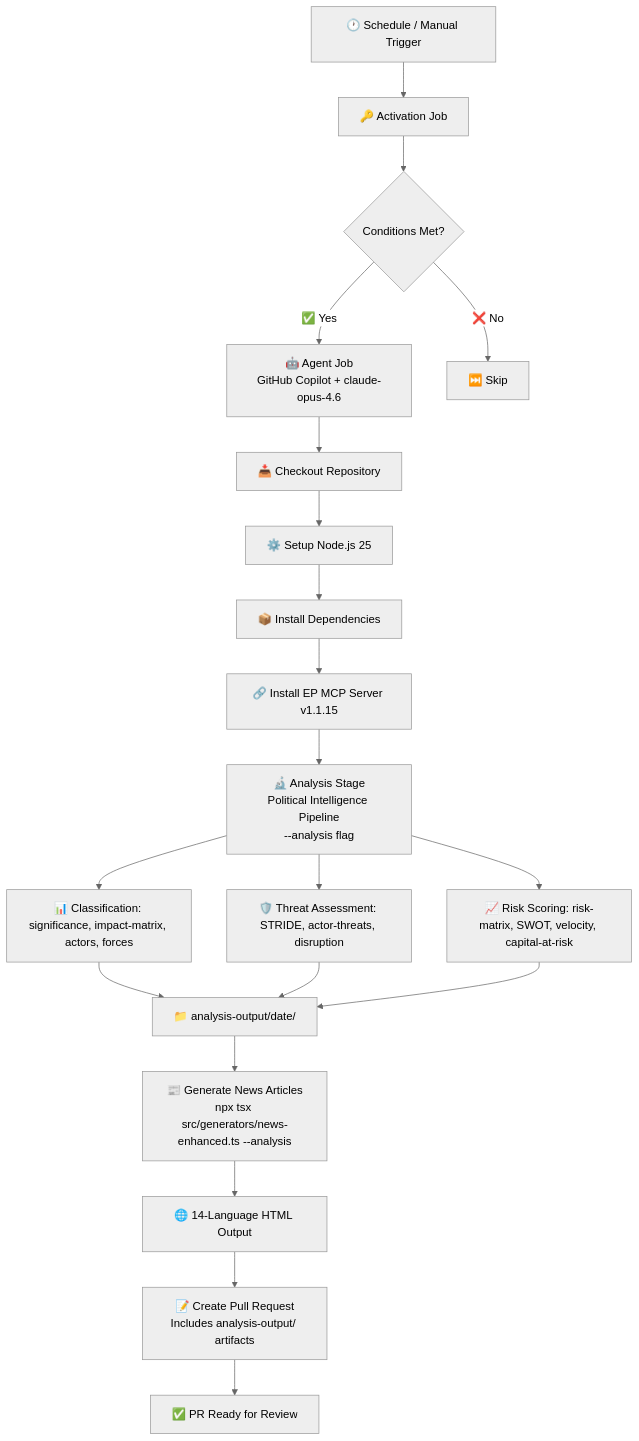
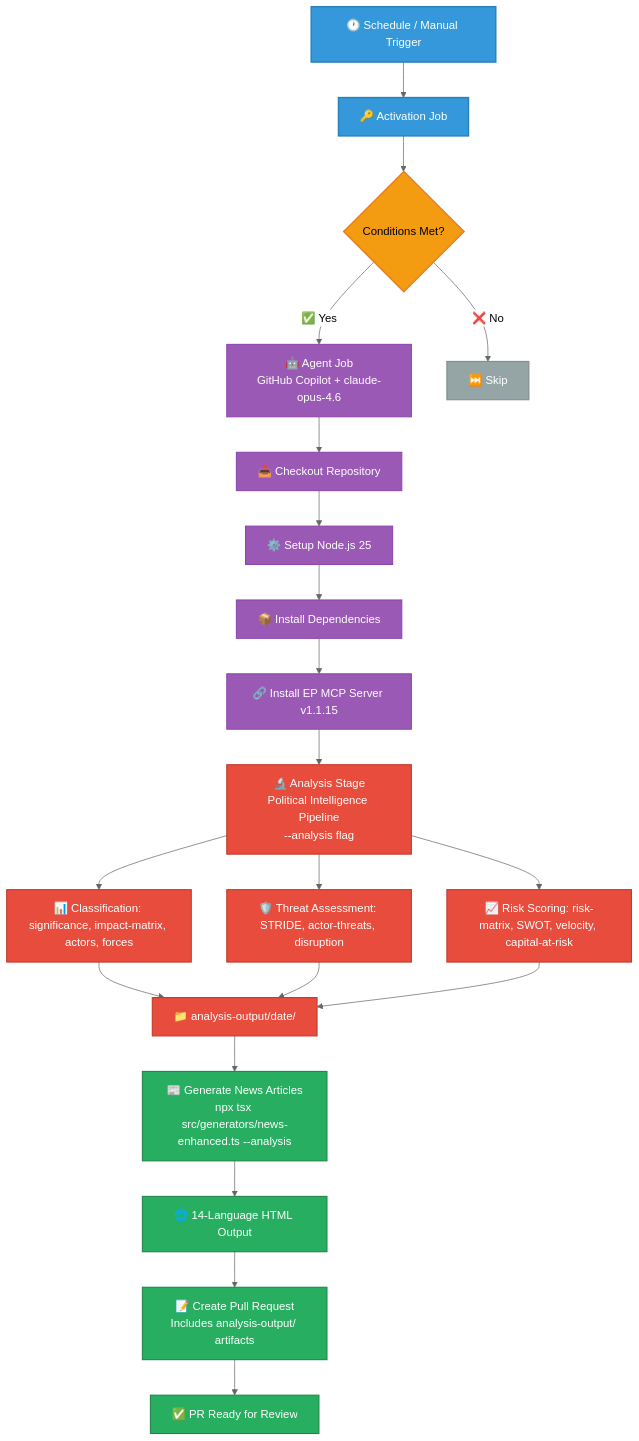
Before and after one commit to Hack23/euparliamentmonitor: the first of 14 diagrams in WORKFLOWS.md, drawn with Mermaid (neutral theme). The commit also changed other lines of this file, not shown here.

First line of the commit message:
Add ISMS-compliant color-coded Mermaid diagrams and badges to WORKFLOWS.md

````diff
--- a/WORKFLOWS.md
+++ b/WORKFLOWS.md
@@ -114,22 +162,36 @@
 ```mermaid
 graph TD
     A[🕐 Schedule / Manual Trigger] --> B[🔑 Activation Job]
     B --> C{Conditions Met?}
     C -->|✅ Yes| D[🤖 Agent Job<br/>GitHub Copilot + claude-opus-4.6]
     C -->|❌ No| E[⏭️ Skip]
     D --> F[📥 Checkout Repository]
     F --> G[⚙️ Setup Node.js 25]
     G --> H[📦 Install Dependencies]
     H --> I[🔗 Install EP MCP Server v1.1.15]
     I --> J1[🔬 Analysis Stage<br/>Political Intelligence Pipeline<br/>--analysis flag]
     J1 --> J1a[📊 Classification: significance, impact-matrix, actors, forces]
     J1 --> J1b[🛡️ Threat Assessment: STRIDE, actor-threats, disruption]
     J1 --> J1c[📈 Risk Scoring: risk-matrix, SWOT, velocity, capital-at-risk]
     J1a --> J1d[📁 analysis-output/date/]
     J1b --> J1d
     J1c --> J1d
     J1d --> J[📰 Generate News Articles<br/>npx tsx src/generators/news-enhanced.ts --analysis]
     J --> K[🌐 14-Language HTML Output]
     K --> L[📝 Create Pull Request<br/>Includes analysis-output/ artifacts]
     L --> M[✅ PR Ready for Review]
+
+    classDef trigger fill:#3498db,stroke:#2980b9,stroke-width:2px,color:white
+    classDef process fill:#9b59b6,stroke:#8e44ad,stroke-width:1.5px,color:white
+    classDef decision fill:#f39c12,stroke:#e67e22,stroke-width:2px,color:black
+    classDef skip fill:#95a5a6,stroke:#7f8c8d,stroke-width:1.5px,color:white
+    classDef analysis fill:#e74c3c,stroke:#c0392b,stroke-width:1.5px,color:white
+    classDef output fill:#27ae60,stroke:#1e8449,stroke-width:1.5px,color:white
+
+    class A,B trigger
+    class D,F,G,H,I process
+    class C decision
+    class E skip
+    class J1,J1a,J1b,J1c,J1d analysis
+    class J,K,L,M output
 ```
````
